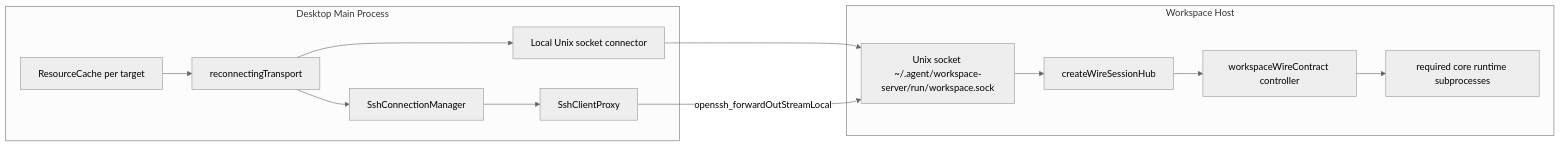
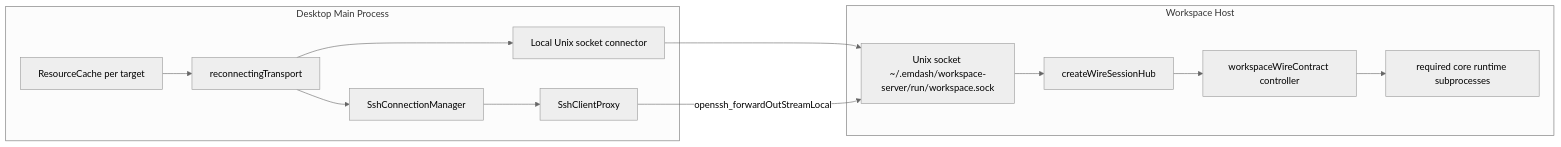
One commit to generalaction/emdash changed the diagram in apps/workspace-server/docs/client-connection.md. Above: the diagram before and after it, drawn with Mermaid (neutral theme). The commit also changed other lines of this file and 5415 other files, not shown here.

````diff
--- a/apps/workspace-server/docs/client-connection.md
+++ b/apps/workspace-server/docs/client-connection.md
@@ -8,25 +8,25 @@
 ```mermaid
 flowchart LR
   subgraph desktop [Desktop Main Process]
     source["ResourceCache per target"]
     reconnecting[reconnectingTransport]
     local[Local Unix socket connector]
     sshManager[SshConnectionManager]
     proxy[SshClientProxy]
   end
   subgraph host [Workspace Host]
-    socket["Unix socket ~/.agent/workspace-server/run/workspace.sock"]
+    socket["Unix socket ~/.emdash/workspace-server/run/workspace.sock"]
     hub[createWireSessionHub]
     controller[workspaceWireContract controller]
     runtimes["required core runtime subprocesses"]
   end
   source --> reconnecting
   reconnecting --> local
   local --> socket
   reconnecting --> sshManager
   sshManager --> proxy
   proxy -->|"openssh_forwardOutStreamLocal"| socket
   socket --> hub
   hub --> controller
   controller --> runtimes
 ```
````
